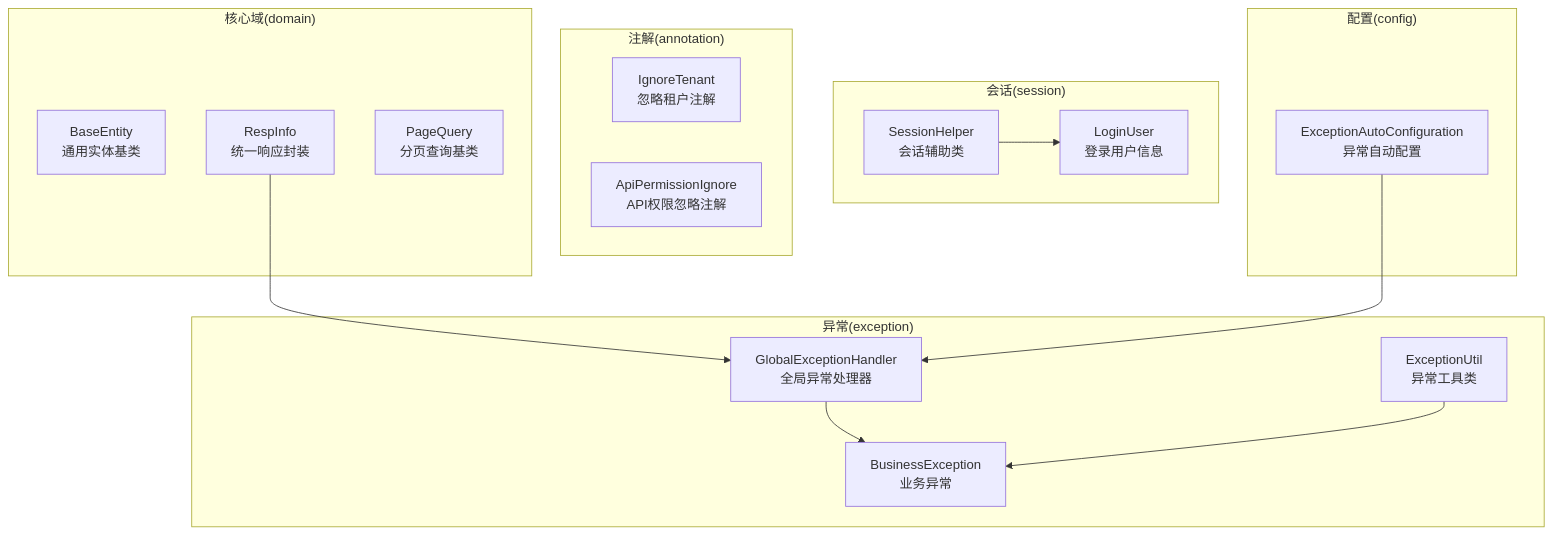
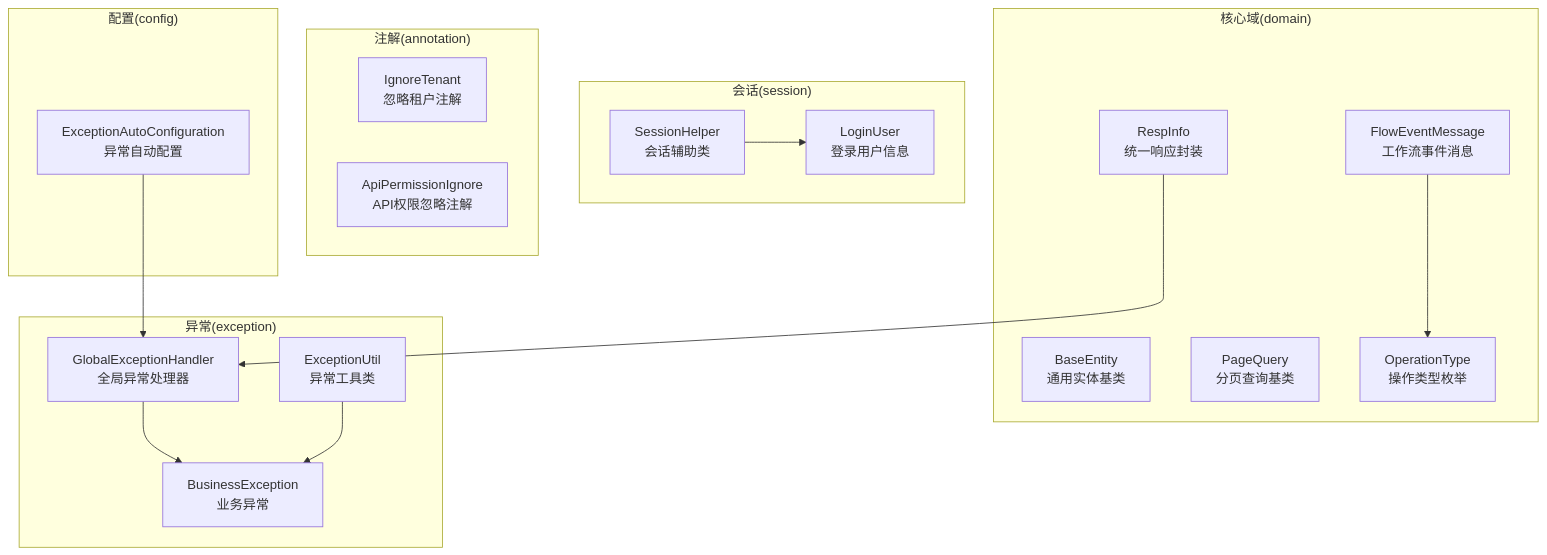
One commit to yaomindong1996/forge-admin changed the first of 5 diagrams in .qoder/repowiki/zh/content/后端框架详解/核心模块/forge-starter-core 核心框架.md. Above: the diagram before and after it, drawn with Mermaid. The commit also changed other lines of this file and 76 other files, not shown here.

````diff
--- a/.qoder/repowiki/zh/content/后端框架详解/核心模块/forge-starter-core 核心框架.md
+++ b/.qoder/repowiki/zh/content/后端框架详解/核心模块/forge-starter-core 核心框架.md
@@ -45,29 +56,32 @@
 ```mermaid
 graph TB
 subgraph "核心域(domain)"
 BE["BaseEntity<br/>通用实体基类"]
 RI["RespInfo<T><br/>统一响应封装"]
 PQ["PageQuery<br/>分页查询基类"]
+FEM["FlowEventMessage<br/>工作流事件消息"]
+OT["OperationType<br/>操作类型枚举"]
 end
 subgraph "异常(exception)"
 GEH["GlobalExceptionHandler<br/>全局异常处理器"]
 BEBiz["BusinessException<br/>业务异常"]
 EU["ExceptionUtil<br/>异常工具类"]
 end
 subgraph "会话(session)"
 LU["LoginUser<br/>登录用户信息"]
 SH["SessionHelper<br/>会话辅助类"]
 end
 subgraph "注解(annotation)"
 IGN_TEN["IgnoreTenant<br/>忽略租户注解"]
 IGN_API["ApiPermissionIgnore<br/>API权限忽略注解"]
 end
 subgraph "配置(config)"
 EAC["ExceptionAutoConfiguration<br/>异常自动配置"]
 end
 RI --> GEH
 GEH --> BEBiz
 EU --> BEBiz
 SH --> LU
 EAC --> GEH
+FEM --> OT
 ```
````
